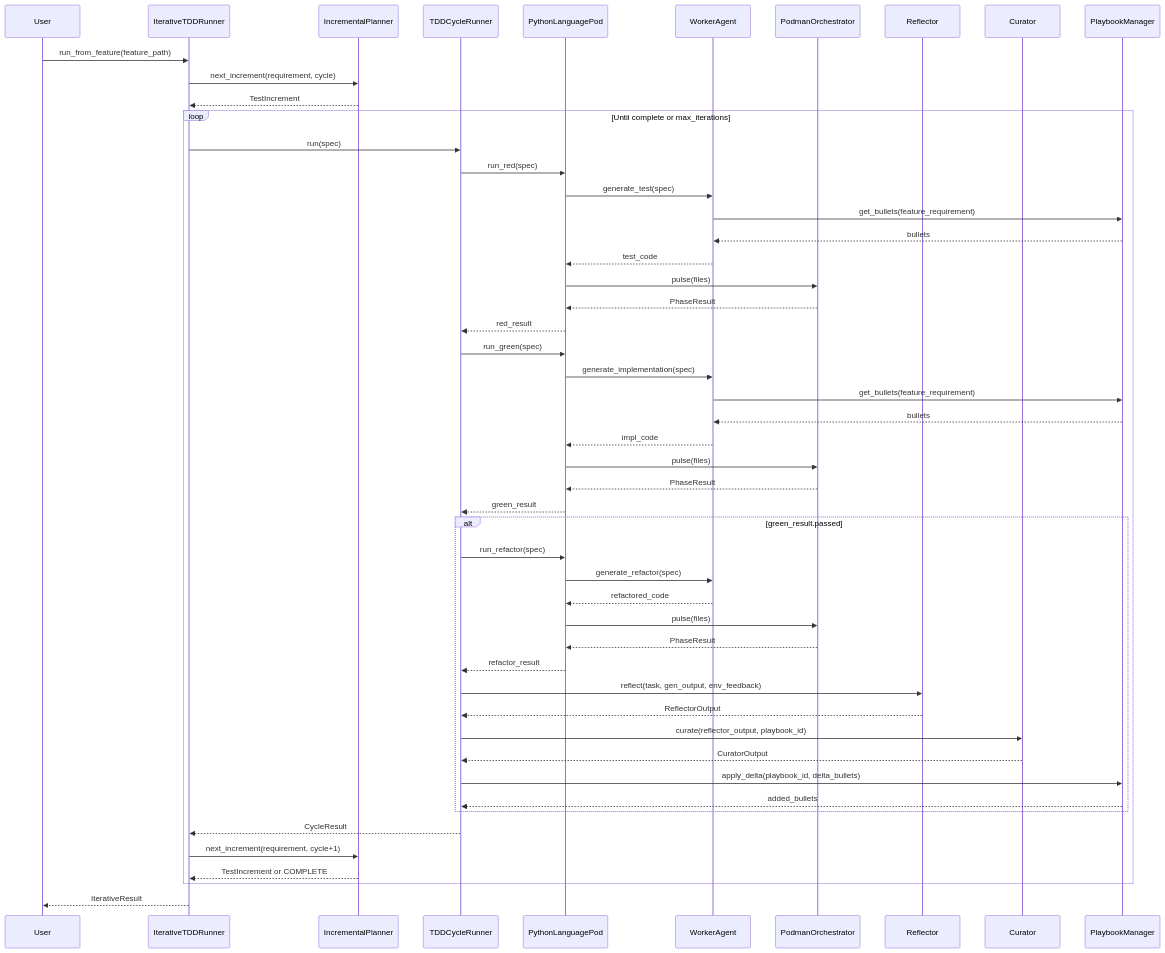
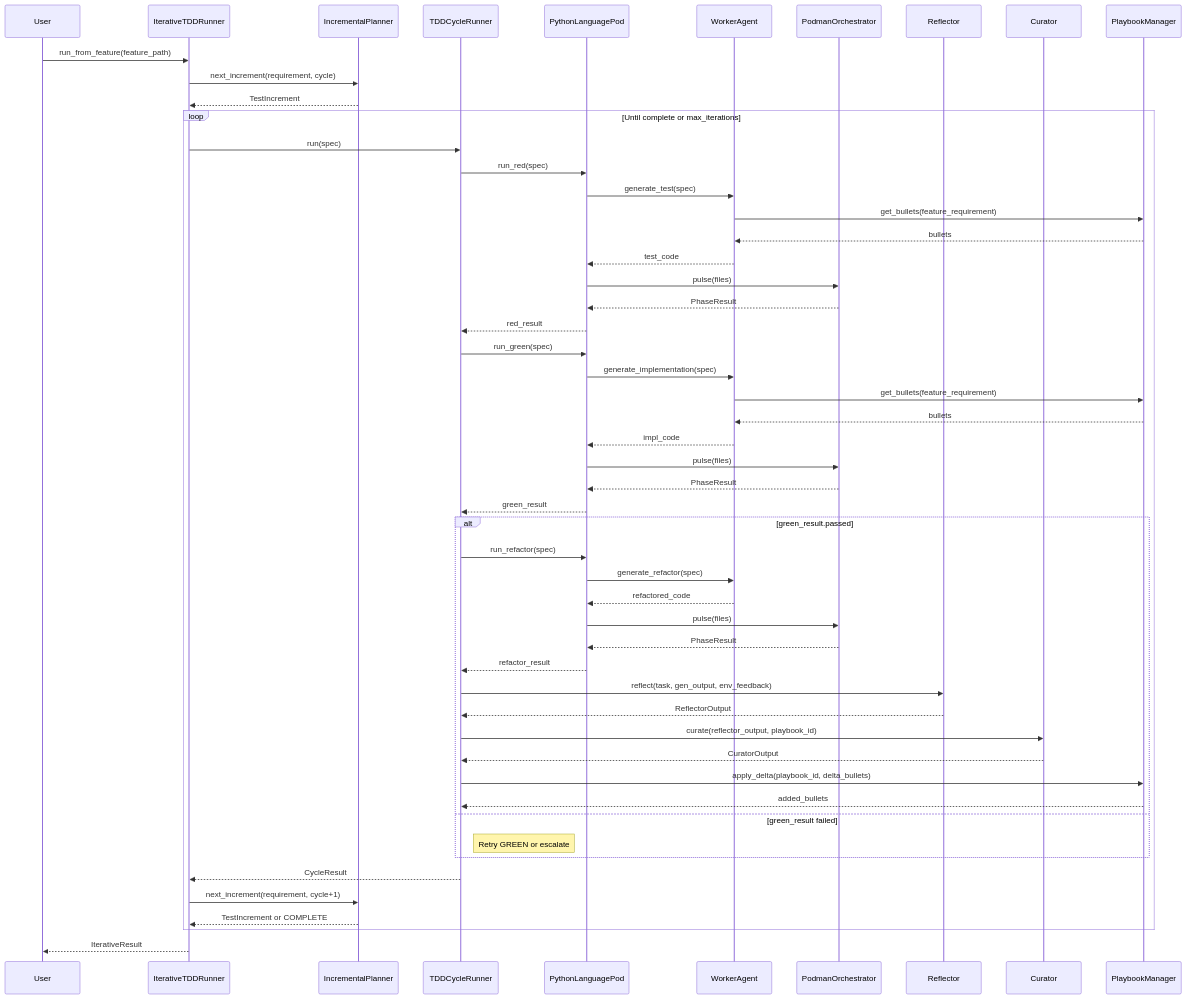
The diagram in docs/SYSTEM_ARCHITECTURE.md (carlhuxley/ace_enterprise), drawn with Mermaid before and after one commit. The commit also changed other lines of this file and 8 other files, not shown here.

````diff
--- a/docs/SYSTEM_ARCHITECTURE.md
+++ b/docs/SYSTEM_ARCHITECTURE.md
@@ -40,61 +40,63 @@
 ```mermaid
 sequenceDiagram
     participant User
     participant IterativeTDDRunner
     participant IncrementalPlanner
     participant TDDCycleRunner
     participant PythonLanguagePod
     participant WorkerAgent
     participant PodmanOrchestrator
     participant Reflector
     participant Curator
     participant PlaybookManager
 
     User->>IterativeTDDRunner: run_from_feature(feature_path)
     IterativeTDDRunner->>IncrementalPlanner: next_increment(requirement, cycle)
     IncrementalPlanner-->>IterativeTDDRunner: TestIncrement
     
     loop Until complete or max_iterations
         IterativeTDDRunner->>TDDCycleRunner: run(spec)
         
         TDDCycleRunner->>PythonLanguagePod: run_red(spec)
         PythonLanguagePod->>WorkerAgent: generate_test(spec)
         WorkerAgent->>PlaybookManager: get_bullets(feature_requirement)
         PlaybookManager-->>WorkerAgent: bullets
         WorkerAgent-->>PythonLanguagePod: test_code
         PythonLanguagePod->>PodmanOrchestrator: pulse(files)
         PodmanOrchestrator-->>PythonLanguagePod: PhaseResult
         PythonLanguagePod-->>TDDCycleRunner: red_result
         
         TDDCycleRunner->>PythonLanguagePod: run_green(spec)
         PythonLanguagePod->>WorkerAgent: generate_implementation(spec)
         WorkerAgent->>PlaybookManager: get_bullets(feature_requirement)
         PlaybookManager-->>WorkerAgent: bullets
         WorkerAgent-->>PythonLanguagePod: impl_code
         PythonLanguagePod->>PodmanOrchestrator: pulse(files)
         PodmanOrchestrator-->>PythonLanguagePod: PhaseResult
         PythonLanguagePod-->>TDDCycleRunner: green_result
         
         alt green_result.passed
             TDDCycleRunner->>PythonLanguagePod: run_refactor(spec)
             PythonLanguagePod->>WorkerAgent: generate_refactor(spec)
             WorkerAgent-->>PythonLanguagePod: refactored_code
             PythonLanguagePod->>PodmanOrchestrator: pulse(files)
             PodmanOrchestrator-->>PythonLanguagePod: PhaseResult
             PythonLanguagePod-->>TDDCycleRunner: refactor_result
             
             TDDCycleRunner->>Reflector: reflect(task, gen_output, env_feedback)
             Reflector-->>TDDCycleRunner: ReflectorOutput
             TDDCycleRunner->>Curator: curate(reflector_output, playbook_id)
             Curator-->>TDDCycleRunner: CuratorOutput
             TDDCycleRunner->>PlaybookManager: apply_delta(playbook_id, delta_bullets)
             PlaybookManager-->>TDDCycleRunner: added_bullets
+        else green_result failed
+            Note right of TDDCycleRunner: Retry GREEN or escalate
         end
         
         TDDCycleRunner-->>IterativeTDDRunner: CycleResult
         IterativeTDDRunner->>IncrementalPlanner: next_increment(requirement, cycle+1)
         IncrementalPlanner-->>IterativeTDDRunner: TestIncrement or COMPLETE
     end
     
     IterativeTDDRunner-->>User: IterativeResult
 ```
````
